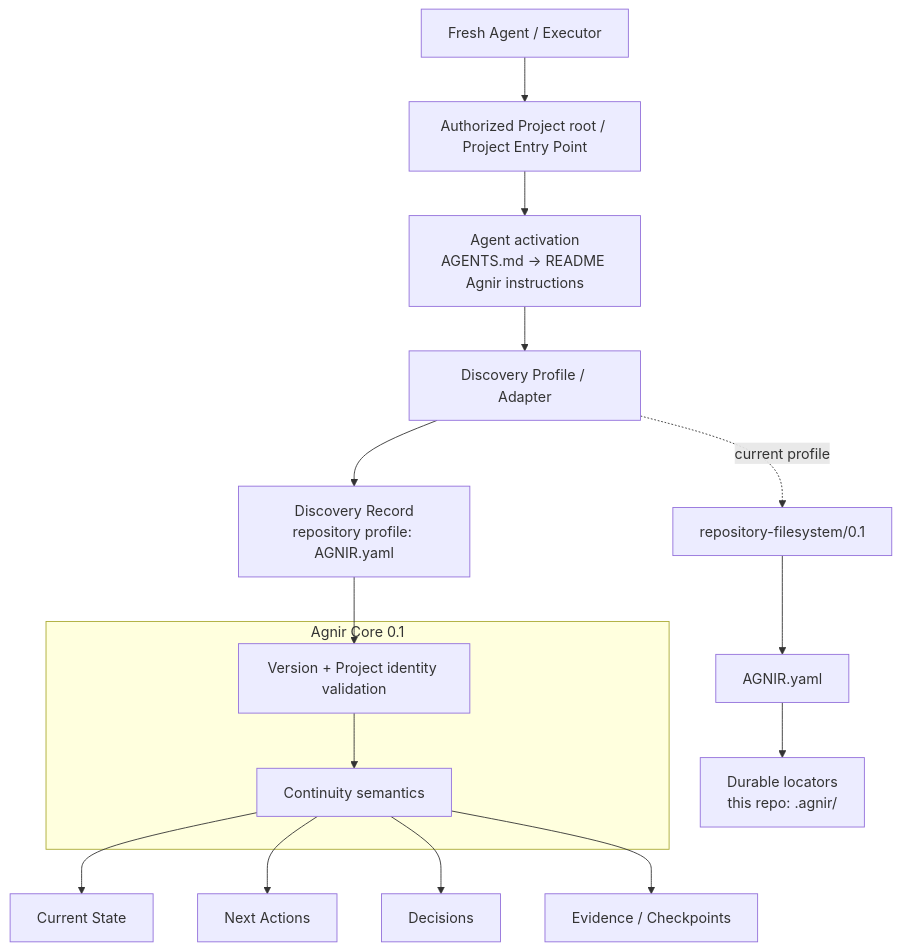
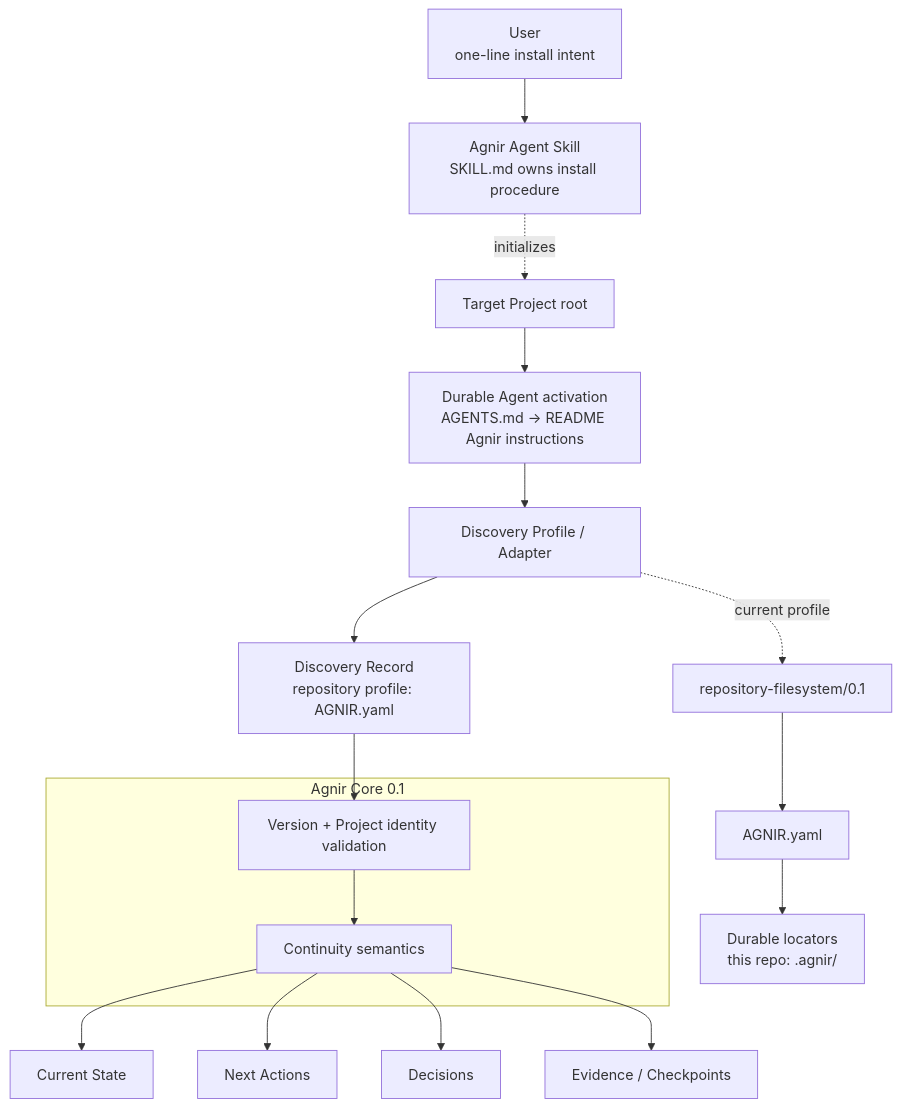
Before and after one commit to iorLab/agnir: the first of 2 diagrams in README.md, drawn with Mermaid. The commit also changed other lines of this file, not shown here.

Commit message:
docs: make Agnir Skill the install entrypoint

````diff
--- a/README.md
+++ b/README.md
@@ -90,23 +74,25 @@
 ```mermaid
 flowchart TB
-    X[Fresh Agent / Executor] --> P[Authorized Project root / Project Entry Point]
-    P --> G[Agent activation\nAGENTS.md → README Agnir instructions]
+    U[User\none-line install intent] --> K[Agnir Agent Skill\nSKILL.md owns install procedure]
+    K -. initializes .-> P[Target Project root]
+
+    P --> G[Durable Agent activation\nAGENTS.md → README Agnir instructions]
     G --> D[Discovery Profile / Adapter]
     D --> R[Discovery Record\nrepository profile: AGNIR.yaml]
 
     subgraph C[Agnir Core 0.1]
         V[Version + Project identity validation]
         M[Continuity semantics]
         V --> M
     end
 
     R --> V
     M --> S[Current State]
     M --> N[Next Actions]
     M --> J[Decisions]
     M --> E[Evidence / Checkpoints]
 
     D -. current profile .-> Y[repository-filesystem/0.1]
     Y --> A[AGNIR.yaml]
     A --> F[Durable locators\nthis repo: .agnir/]
 ```
````
